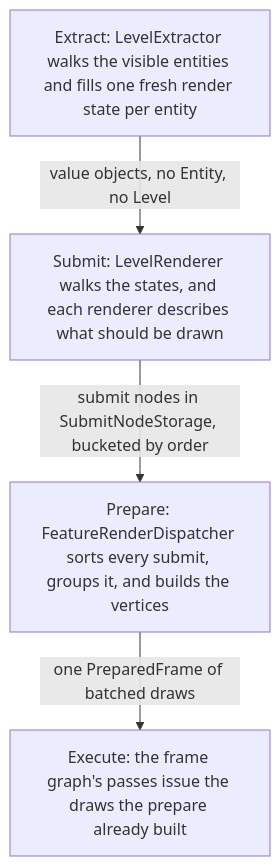
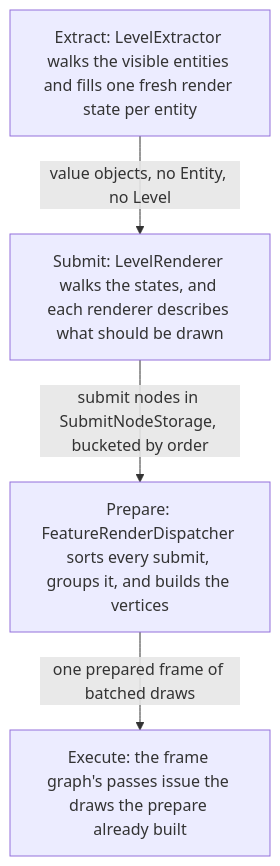
The first of 2 diagrams in src/systems/rendering/entity-rendering.md (AlexanderjFraser/MinecraftDocs), drawn with Mermaid before and after one commit. The commit also changed other lines of this file and 55 other files, not shown here.

First line of the commit message:
pass 7, session O — the close, before K: the figure gate strict, the landing figures read as one set, and one strike in thirty not borne out

````diff
--- a/src/systems/rendering/entity-rendering.md
+++ b/src/systems/rendering/entity-rendering.md
@@ -38,10 +38,10 @@
 ```mermaid
 flowchart TD
     E["Extract: LevelExtractor walks the visible entities and fills one fresh render state per entity"]
     S["Submit: LevelRenderer walks the states, and each renderer describes what should be drawn"]
     P["Prepare: FeatureRenderDispatcher sorts every submit, groups it, and builds the vertices"]
     X["Execute: the frame graph's passes issue the draws the prepare already built"]
     E -- "value objects, no Entity, no Level" --> S
     S -- "submit nodes in SubmitNodeStorage, bucketed by order" --> P
-    P -- "one PreparedFrame of batched draws" --> X
+    P -- "one prepared frame of batched draws" --> X
 ```
````
